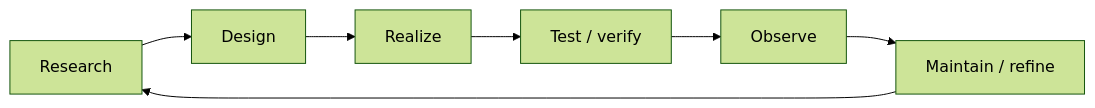
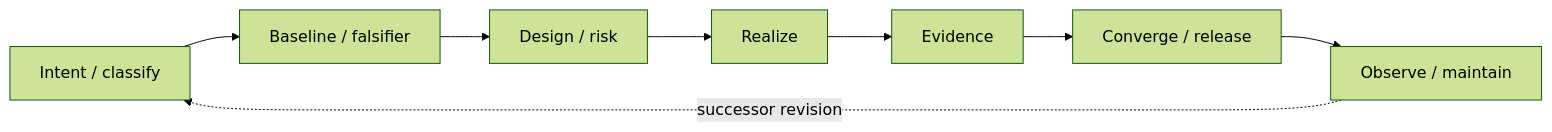
One commit to phibkro/semantic-packages changed the diagram in docs/design/lifecycle.md. Above: the diagram before and after it, drawn with Mermaid (forest theme). The commit also changed other lines of this file and 397 other files, not shown here.

````diff
--- a/docs/design/lifecycle.md
+++ b/docs/design/lifecycle.md
@@ -3,9 +3,10 @@
 ```mermaid
 flowchart LR
-    R[Research] --> D[Design]
+    I[Intent / classify] --> F[Baseline / falsifier]
+    F --> D[Design / risk]
     D --> X[Realize]
-    X --> V[Test / verify]
-    V --> O[Observe]
-    O --> M[Maintain / refine]
-    M --> R
+    X --> V[Evidence]
+    V --> C[Converge / release]
+    C --> O[Observe / maintain]
+    O -. successor revision .-> I
 ```
````
